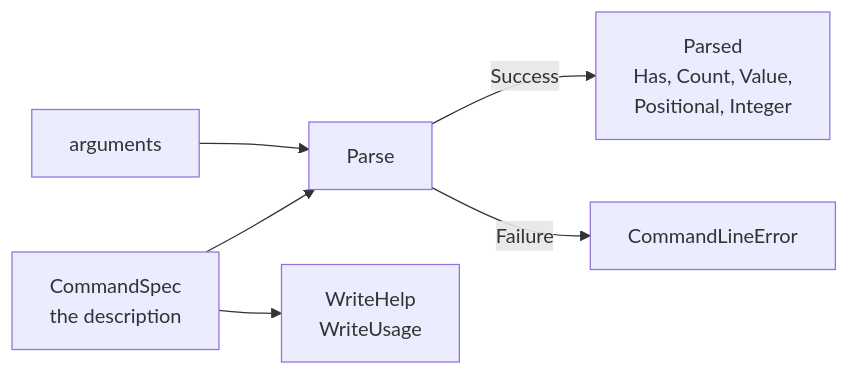
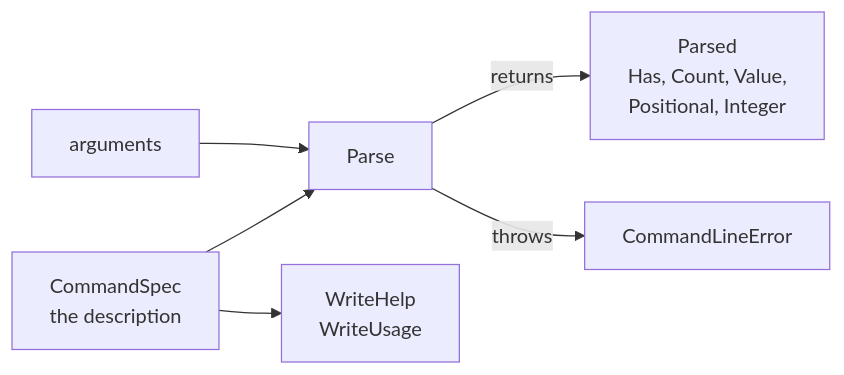
Before and after one commit to rux-lang/Web: the diagram in content/docs/1.learn/26.systems/03.command-line.md, drawn with Mermaid. The commit also changed other lines of this file and 736 other files, not shown here.

````diff
--- a/content/docs/1.learn/26.systems/03.command-line.md
+++ b/content/docs/1.learn/26.systems/03.command-line.md
@@ -34,8 +34,8 @@
 ```mermaid
 flowchart LR
     spec["CommandSpec<br/>the description"] --> parse["Parse"]
     args["arguments"] --> parse
-    parse -- "Success" --> parsed["Parsed<br/>Has, Count, Value,<br/>Positional, Integer"]
-    parse -- "Failure" --> error["CommandLineError"]
+    parse -- "returns" --> parsed["Parsed<br/>Has, Count, Value,<br/>Positional, Integer"]
+    parse -- "throws" --> error["CommandLineError"]
     spec --> help["WriteHelp<br/>WriteUsage"]
 ```
````
